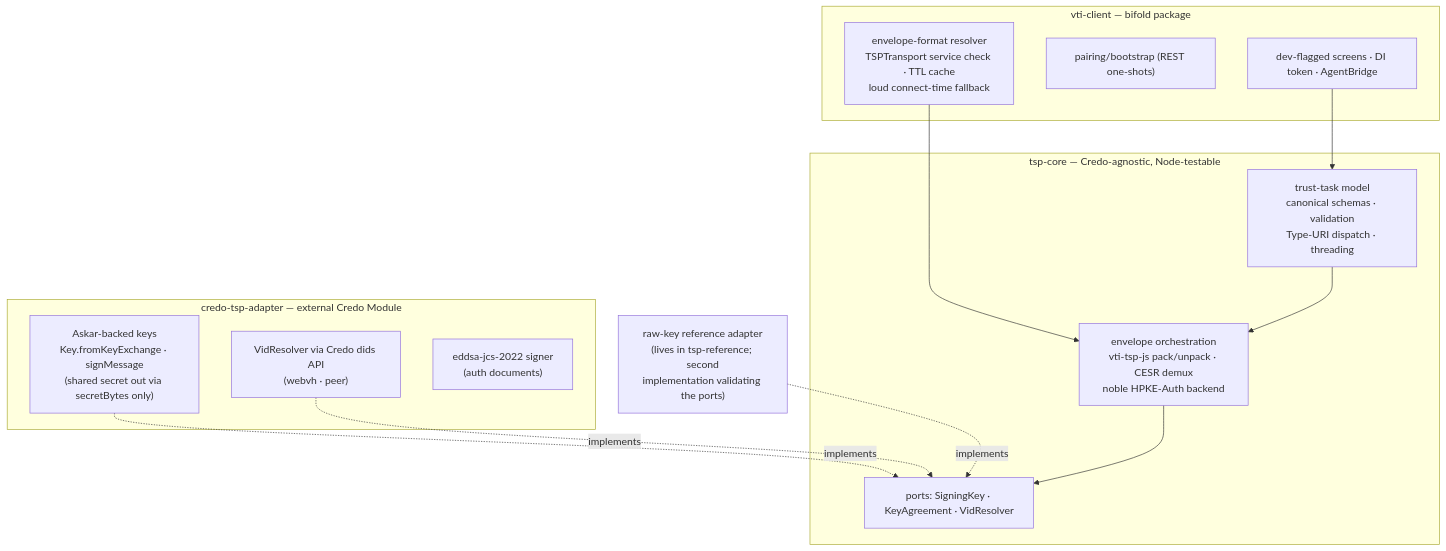
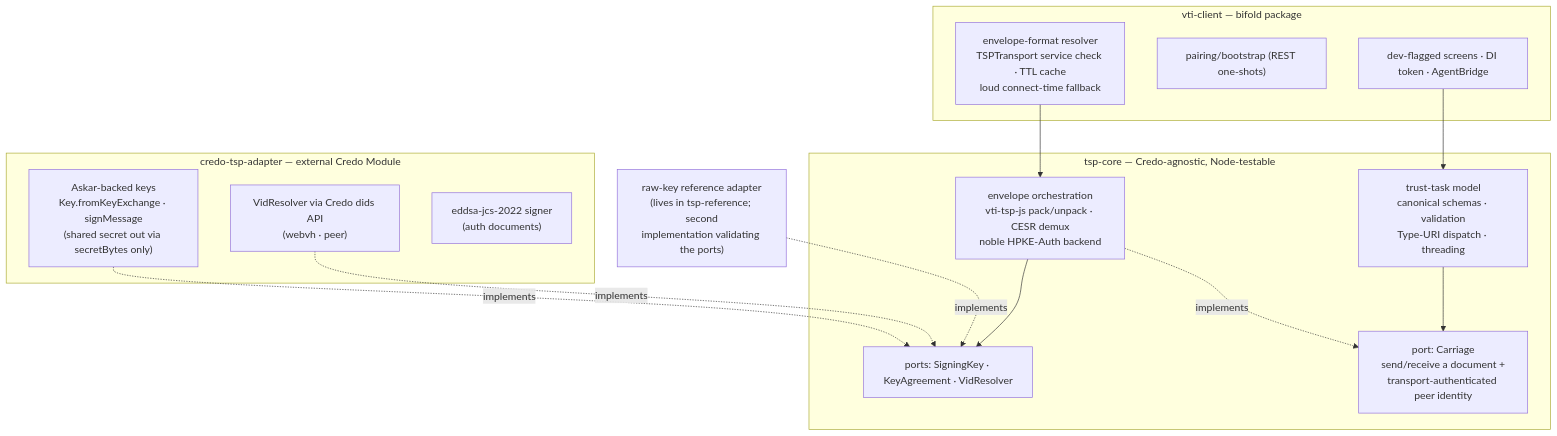
The second of 2 diagrams in docs/plans/openvtc-integration-plan.md (berkmancenter/keyring-wallet), drawn with Mermaid before and after one commit. The commit also changed other lines of this file and 3 other files, not shown here.

````diff
--- a/docs/plans/openvtc-integration-plan.md
+++ b/docs/plans/openvtc-integration-plan.md
@@ -154,25 +174,28 @@
 ```mermaid
 flowchart TB
     subgraph core["tsp-core — Credo-agnostic, Node-testable"]
         TT["trust-task model<br/>canonical schemas · validation<br/>Type-URI dispatch · threading"]
+        CARRIAGE["port: Carriage<br/>send/receive a document +<br/>transport-authenticated peer identity"]
         WIRE["envelope orchestration<br/>vti-tsp-js pack/unpack · CESR demux<br/>noble HPKE-Auth backend"]
         IFACE["ports: SigningKey · KeyAgreement · VidResolver"]
-        TT --> WIRE --> IFACE
+        TT --> CARRIAGE
+        WIRE -.->|implements| CARRIAGE
+        WIRE --> IFACE
     end
     subgraph adapter["credo-tsp-adapter — external Credo Module"]
         CRY["Askar-backed keys<br/>Key.fromKeyExchange · signMessage<br/>(shared secret out via secretBytes only)"]
         VIDR["VidResolver via Credo dids API<br/>(webvh · peer)"]
         JCS["eddsa-jcs-2022 signer<br/>(auth documents)"]
     end
     subgraph app["vti-client — bifold package"]
         SEL["envelope-format resolver<br/>TSPTransport service check · TTL cache<br/>loud connect-time fallback"]
         PAIR["pairing/bootstrap (REST one-shots)"]
         UI2["dev-flagged screens · DI token · AgentBridge"]
     end
     RAW["raw-key reference adapter<br/>(lives in tsp-reference; second<br/>implementation validating the ports)"]
     CRY -.->|implements| IFACE
     VIDR -.->|implements| IFACE
     RAW -.->|implements| IFACE
     UI2 --> TT
     SEL --> WIRE
 ```
````
